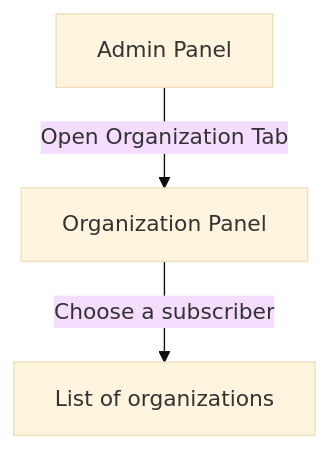
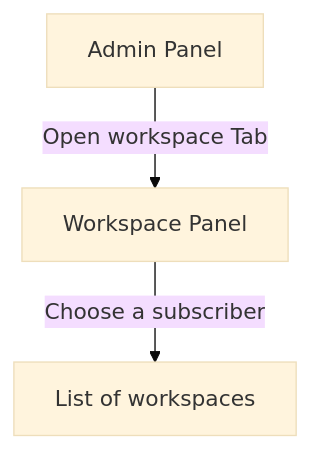
The first of 2 diagrams in services/documentation/content/2-functional-documentation/use_cases/uc_administration/uc_administration_manage_organizations/uc1_visualize_organizations.md (teamg4it/g4it), drawn with Mermaid (base theme) before and after one commit. The commit also changed other lines of this file and 14 other files, not shown here.

```diff
--- a/services/documentation/content/2-functional-documentation/use_cases/uc_administration/uc_administration_manage_organizations/uc1_visualize_organizations.md
+++ b/services/documentation/content/2-functional-documentation/use_cases/uc_administration/uc_administration_manage_organizations/uc1_visualize_organizations.md
@@ -30,5 +29,5 @@
 {{< mermaid >}}
 graph TD;
-Step1[Admin Panel] --> |Open Organization Tab|Step2[Organization Panel] --> |Choose a subscriber|Step3[List of organizations]
+Step1[Admin Panel] --> |Open workspace Tab|Step2[Workspace Panel] --> |Choose a subscriber|Step3[List of workspaces]
 
 {{< /mermaid >}}
```
